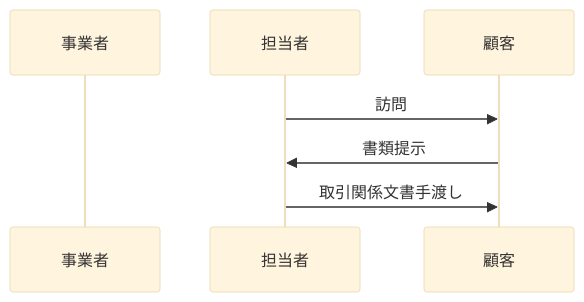
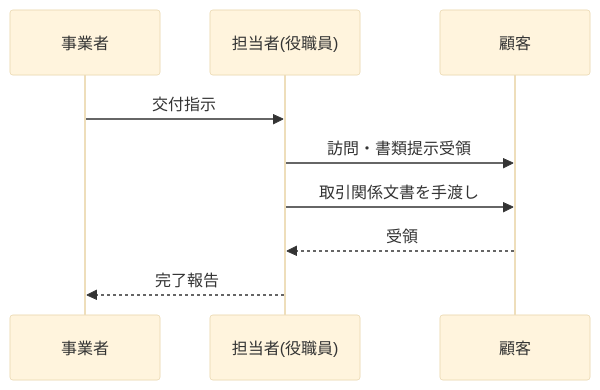
One commit to CiderH2CO3/study-hanshuho changed diagram 20 of 20 in hanshuho.md. Above: the diagram before and after it, drawn with Mermaid (base theme). The commit also changed other lines of this file and 2 other files, not shown here.

````diff
--- a/hanshuho.md
+++ b/hanshuho.md
@@ -752,9 +737,11 @@
 ```mermaid
 sequenceDiagram
     participant Biz as 事業者
-    participant Staff as 担当者
+    participant Staff as 担当者(役職員)
     participant User as 顧客
-    Staff->>User: 訪問
-    User->>Staff: 書類提示
-    Staff->>User: 取引関係文書手渡し
+    Biz->>Staff: 交付指示
+    Staff->>User: 訪問・書類提示受領
+    Staff->>User: 取引関係文書を手渡し
+    User-->>Staff: 受領
+    Staff-->>Biz: 完了報告
 ```
````
